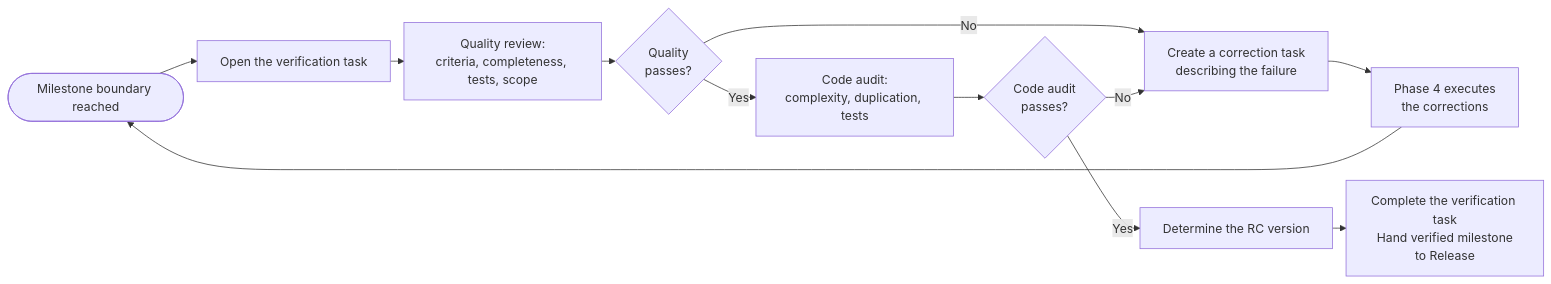
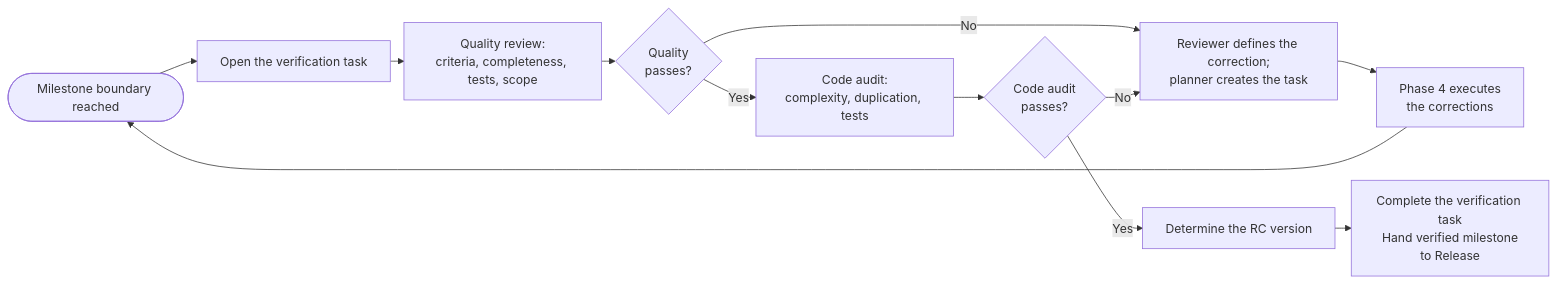
One commit to lyndametref/opencode-dev-workflow changed the diagram in workflows/orchestrator/5-Verification.md. Above: the diagram before and after it, drawn with Mermaid. The commit also changed other lines of this file and 7 other files, not shown here.

````diff
--- a/workflows/orchestrator/5-Verification.md
+++ b/workflows/orchestrator/5-Verification.md
@@ -32,15 +32,15 @@
 ```mermaid
 %%{init: {"flowchart": {"nodeSpacing": 10, "rankSpacing": 18}}}%%
 flowchart LR
     IN([Milestone boundary reached]) --> OPEN["Open the verification task"]
     OPEN --> QR["Quality review:<br/>criteria, completeness, tests, scope"]
     QR --> QOK{"Quality<br/>passes?"}
-    QOK -->|"No"| CORR["Create a correction task<br/>describing the failure"]
+    QOK -->|"No"| CORR["Reviewer defines the correction;<br/>planner creates the task"]
     CORR --> IMPL["Phase 4 executes<br/>the corrections"]
     IMPL --> IN
     QOK -->|"Yes"| CA["Code audit:<br/>complexity, duplication, tests"]
     CA --> COK{"Code audit<br/>passes?"}
     COK -->|"No"| CORR
     COK -->|"Yes"| RCV["Determine the RC version"]
     RCV --> OUT["Complete the verification task<br/>Hand verified milestone<br/>to Release"]
 ```
````
